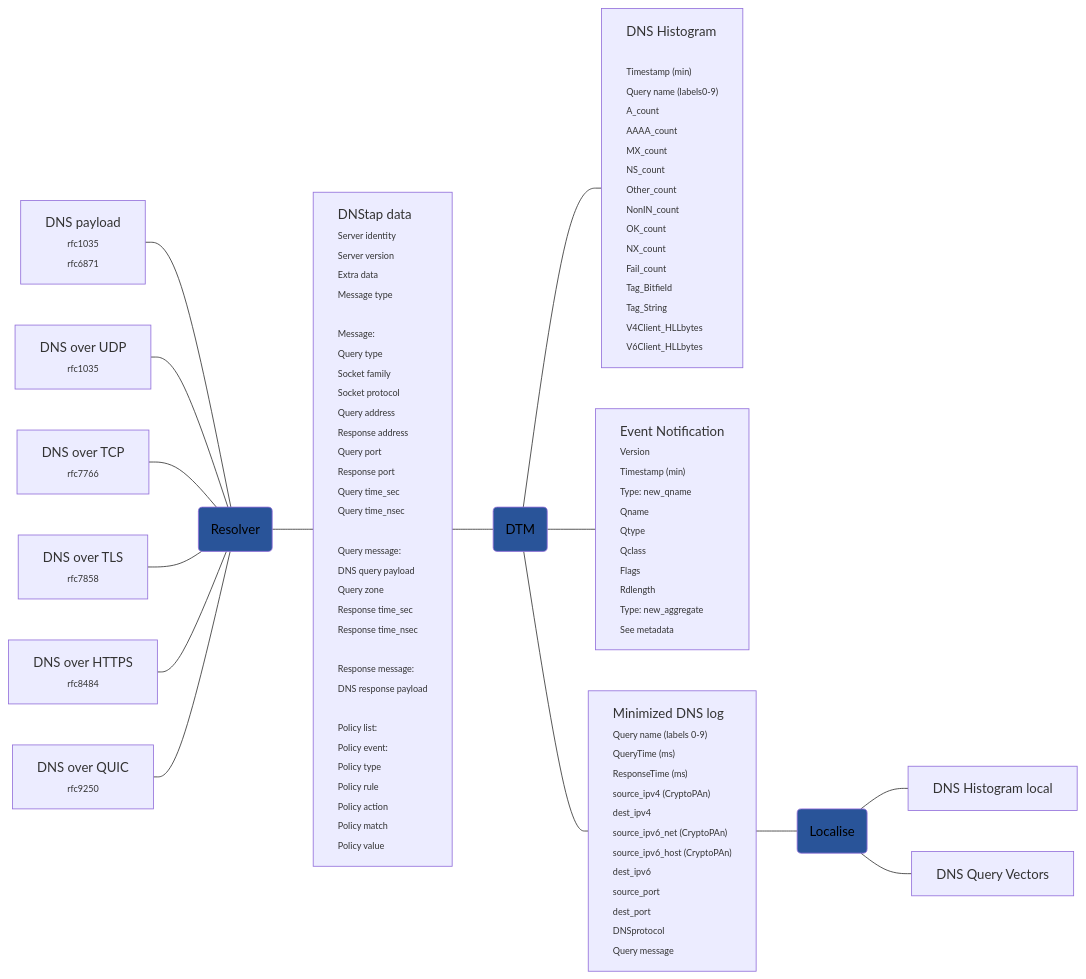
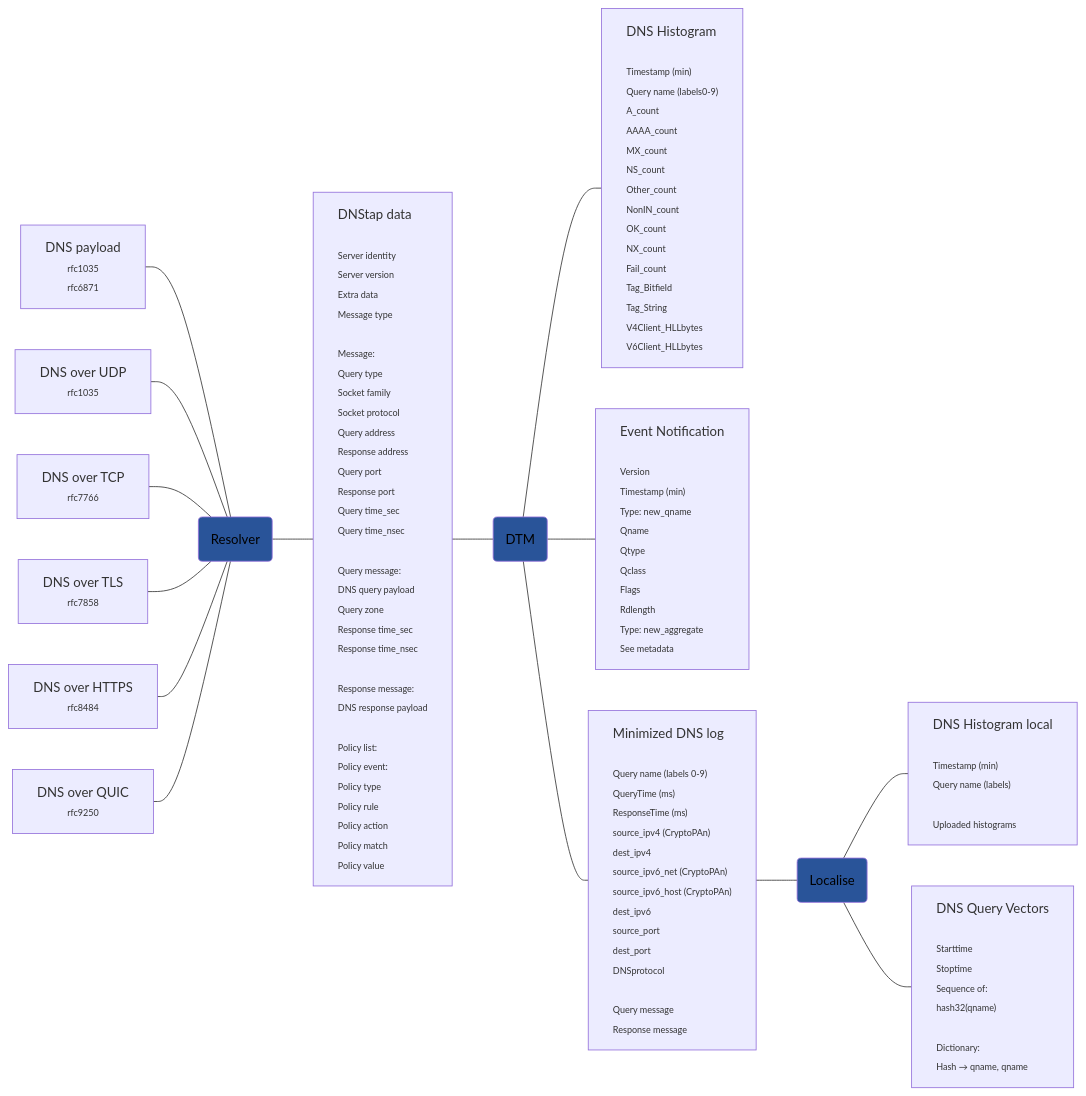
The diagram in dnsdataflow.md (dnstapir/datasets), drawn with Mermaid before and after one commit.

```diff
--- a/dnsdataflow.md
+++ b/dnsdataflow.md
@@ -28,7 +28,8 @@
     F[DNS over QUIC
     <span style="font-size:11px;">rfc9250
     </span>] --- R
-  R:::service --- T[DNStap data 
+  R:::service --- T[DNStap data
+
     <span style="font-size:11px;">Server identity
     Server version
     Extra data
@@ -82,6 +83,7 @@
 V6Client_HLLbytes</span>
 "]:::left
 DTM --- Event["Event Notification
+
 <span style='font-size:11px;'>Version
 Timestamp (min)
 Type: new_qname
@@ -94,6 +96,7 @@
 See metadata</span>
 "]:::left
 DTM --- Mini["Minimized DNS log
+
 <span style='font-size:11px;'>Query name (labels 0-9)
 QueryTime (ms)
 ResponseTime (ms)
@@ -105,10 +108,26 @@
 source_port
 dest_port
 DNSprotocol
-Query message</span>"]:::left
+
+Query message
+Response message</span>"]:::left
 Mini --- L(Localise):::service 
-L --- HL[DNS Histogram local]
-L --- QV[DNS Query Vectors]
+L --- HL["DNS Histogram local
+
+<span style='font-size:11px;'>Timestamp (min)
+Query name (labels)
+
+Uploaded histograms"]:::left
+L --- QV["DNS Query Vectors
+<span style='font-size:11px;'>
+Starttime
+Stoptime
+Sequence of:
+hash32(qname)
+
+Dictionary:
+Hash → qname, qname"
+]:::left
 
 classDef service fill:#295499,color:#000
 classDef left text-align:left
```
